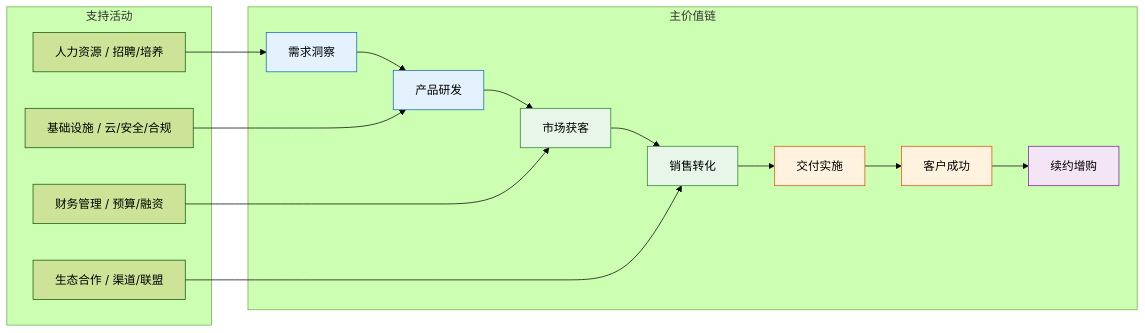
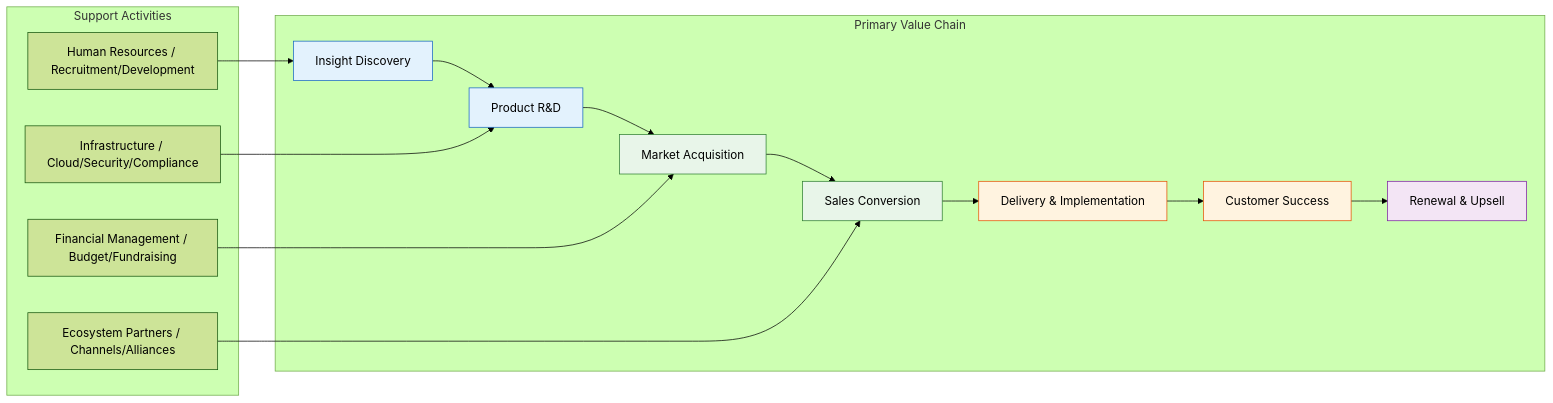
Before and after one commit to Kirky-X/cangjie: the tenth of 15 diagrams in templates/【模板】商业模式文档.md, drawn with Mermaid (forest theme). The commit also changed other lines of this file and 60 other files, not shown here.

````diff
--- a/templates/【模板】商业模式文档.md
+++ b/templates/【模板】商业模式文档.md
@@ -377,31 +377,31 @@
 ```mermaid
 graph LR
-    subgraph 主价值链
-        A1[需求洞察] --> A2[产品研发]
-        A2 --> A3[市场获客]
-        A3 --> A4[销售转化]
-        A4 --> A5[交付实施]
-        A5 --> A6[客户成功]
-        A6 --> A7[续约增购]
+    subgraph Primary Value Chain
+        A1[Insight Discovery] --> A2[Product R&D]
+        A2 --> A3[Market Acquisition]
+        A3 --> A4[Sales Conversion]
+        A4 --> A5[Delivery & Implementation]
+        A5 --> A6[Customer Success]
+        A6 --> A7[Renewal & Upsell]
     end
 
-    subgraph 支持活动
-        B1[基础设施 / 云/安全/合规]
-        B2[人力资源 / 招聘/培养]
-        B3[财务管理 / 预算/融资]
-        B4[生态合作 / 渠道/联盟]
+    subgraph Support Activities
+        B1[Infrastructure / Cloud/Security/Compliance]
+        B2[Human Resources / Recruitment/Development]
+        B3[Financial Management / Budget/Fundraising]
+        B4[Ecosystem Partners / Channels/Alliances]
     end
 
     B1 --> A2
     B2 --> A1
     B3 --> A3
     B4 --> A4
 
     style A1 fill:#e3f2fd,stroke:#1565c0
     style A2 fill:#e3f2fd,stroke:#1565c0
     style A3 fill:#e8f5e9,stroke:#2e7d32
     style A4 fill:#e8f5e9,stroke:#2e7d32
     style A5 fill:#fff3e0,stroke:#e65100
     style A6 fill:#fff3e0,stroke:#e65100
     style A7 fill:#f3e5f5,stroke:#7b1fa2
 ```
````
